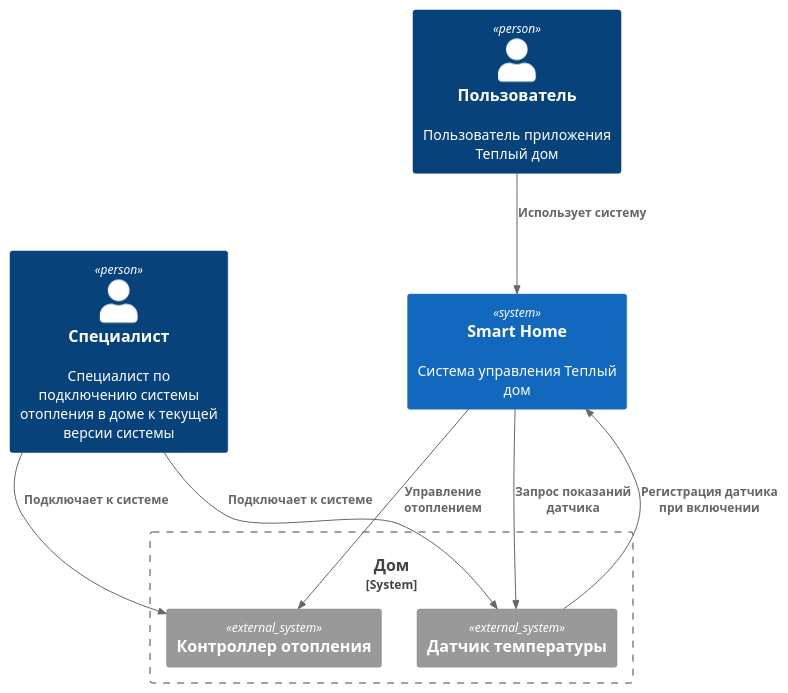
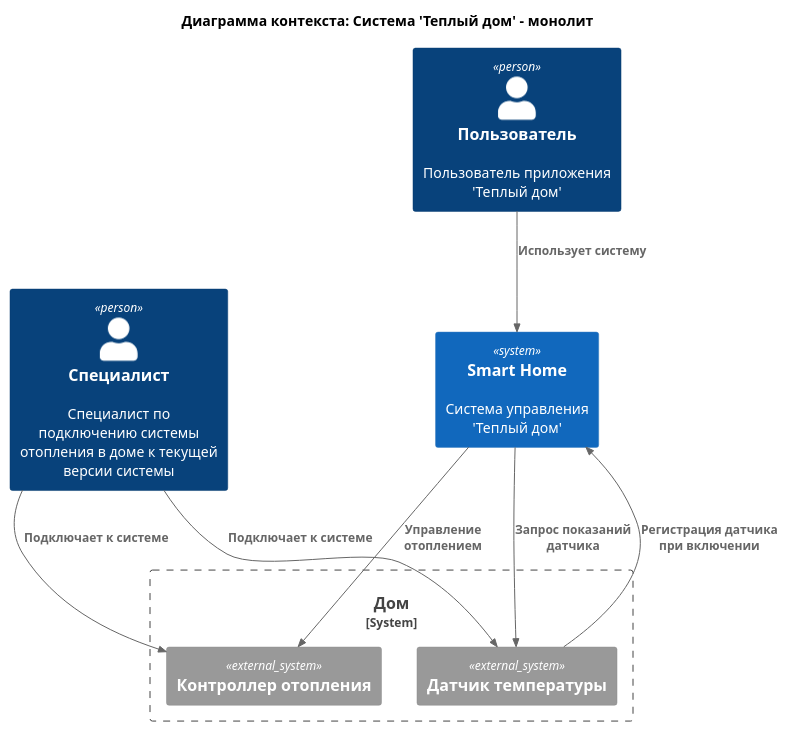
Before and after one commit to knautilus/architecture-warmhouse: the diagram in diagrams/smart_home/AsIs_Context.puml, drawn with PlantUML. The commit also changed 4 other files, not shown here.

```diff
--- a/diagrams/smart_home/AsIs_Context.puml
+++ b/diagrams/smart_home/AsIs_Context.puml
@@ -1,22 +1,24 @@
 @startuml
+
+title Диаграмма контекста: Система 'Теплый дом' - монолит
 
 !include https://raw.githubusercontent.com/plantuml-stdlib/C4-PlantUML/master/C4_Context.puml
 
-Person(User, "Пользователь", "Пользователь приложения Теплый дом")
+Person(User, "Пользователь", "Пользователь приложения 'Теплый дом'")
 Person(Specialist, "Специалист", "Специалист по подключению системы отопления в доме к текущей версии системы")
 
-System(SmartHome, "Smart Home", "Система управления Теплый дом")
+System(SmartHome, "Smart Home", "Система управления 'Теплый дом'")
 
 System_Boundary(House, "Дом") {
     System_Ext(Sensor, "Датчик температуры")
     System_Ext(Warmer, "Контроллер отопления")
 }
 
 Rel(User, SmartHome, "Использует систему")
 Rel(SmartHome, Sensor, "Запрос показаний датчика")
 Rel(Sensor, SmartHome, "Регистрация датчика при включении")
 Rel(SmartHome, Warmer, "Управление отоплением")
 Rel(Specialist, Sensor, "Подключает к системе")
 Rel(Specialist, Warmer, "Подключает к системе")
 
 @enduml
```
